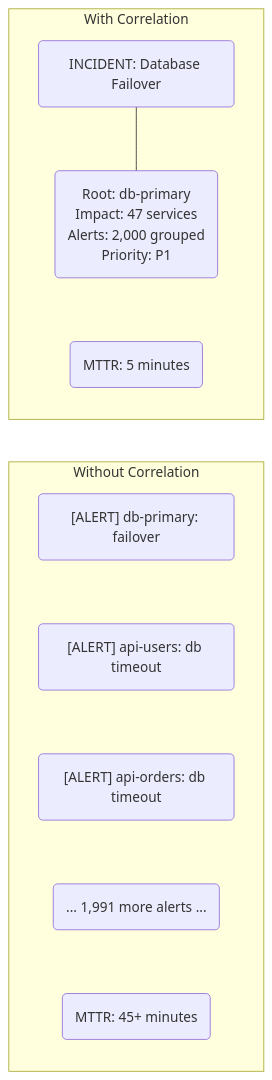
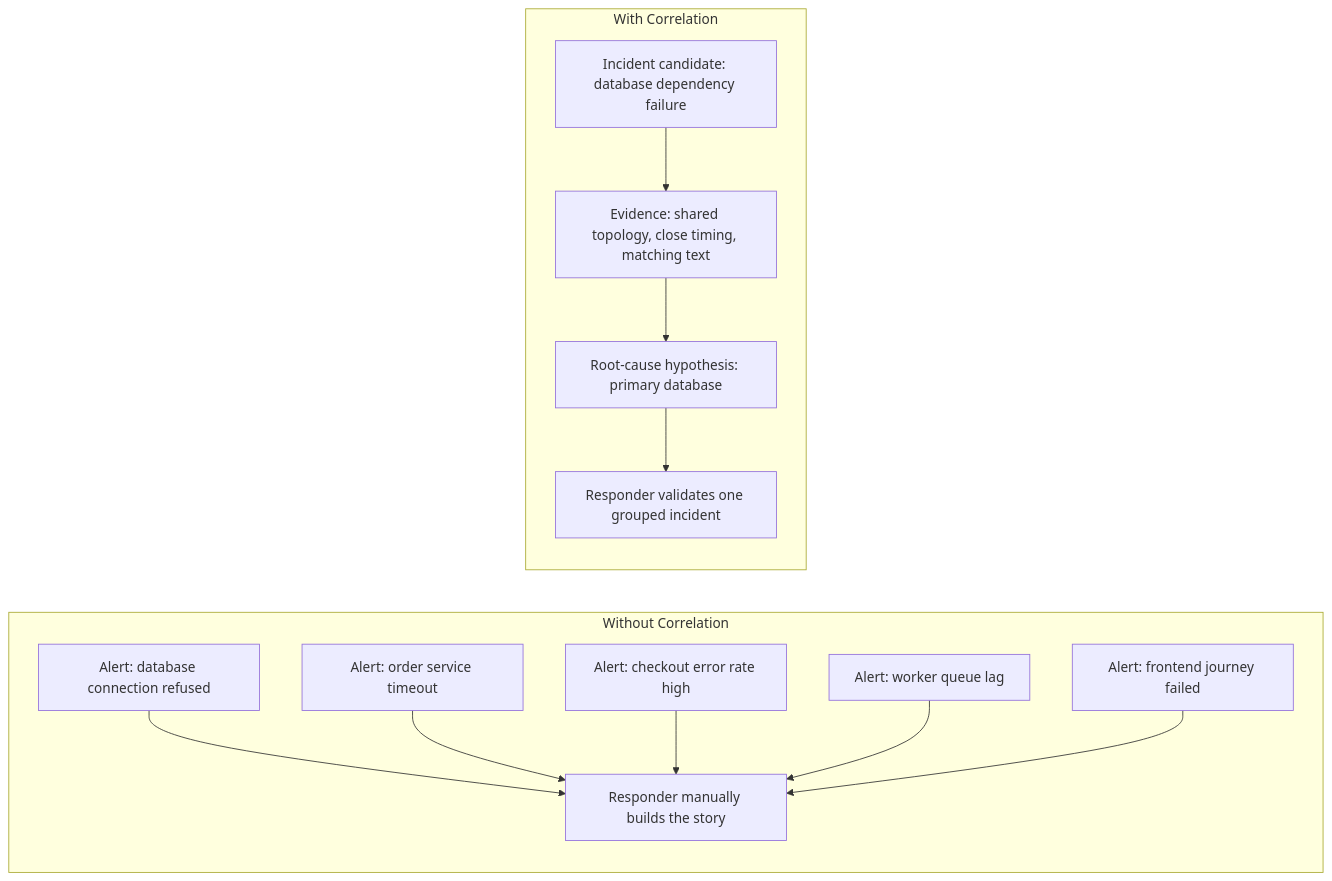
One commit to krisztiankoos/kubedojo changed the second of 8 diagrams in src/content/docs/platform/disciplines/data-ai/aiops/module-6.3-event-correlation.md. Above: the diagram before and after it, drawn with Mermaid. The commit also changed other lines of this file, not shown here.

First line of the commit message:
quality(rewrite): codex rewrite platform-disciplines-data-ai-aiops-module-6.3-event-correlation (attempt 76160d7e40f0)

````diff
--- a/src/content/docs/platform/disciplines/data-ai/aiops/module-6.3-event-correlation.md
+++ b/src/content/docs/platform/disciplines/data-ai/aiops/module-6.3-event-correlation.md
@@ -55,20 +57,26 @@
 ```mermaid
 flowchart LR
-    subgraph Without Correlation
+    subgraph WithoutCorrelation["Without Correlation"]
         direction TB
-        WC1("[ALERT] db-primary: failover")
-        WC2("[ALERT] api-users: db timeout")
-        WC3("[ALERT] api-orders: db timeout")
-        WC4("... 1,991 more alerts ...")
-        WC_MTTR("MTTR: 45+ minutes")
-        WC1 ~~~ WC2 ~~~ WC3 ~~~ WC4 ~~~ WC_MTTR
+        WC1["Alert: database connection refused"]
+        WC2["Alert: order service timeout"]
+        WC3["Alert: checkout error rate high"]
+        WC4["Alert: worker queue lag"]
+        WC5["Alert: frontend journey failed"]
+        WC6["Responder manually builds the story"]
+        WC1 --> WC6
+        WC2 --> WC6
+        WC3 --> WC6
+        WC4 --> WC6
+        WC5 --> WC6
     end
 
-    subgraph With Correlation
+    subgraph WithCorrelation["With Correlation"]
         direction TB
-        C1("INCIDENT: Database Failover")
-        C2("Root: db-primary<br>Impact: 47 services<br>Alerts: 2,000 grouped<br>Priority: P1")
-        C_MTTR("MTTR: 5 minutes")
-        C1 --- C2 ~~~ C_MTTR
+        C1["Incident candidate: database dependency failure"]
+        C2["Evidence: shared topology, close timing, matching text"]
+        C3["Root-cause hypothesis: primary database"]
+        C4["Responder validates one grouped incident"]
+        C1 --> C2 --> C3 --> C4
     end
 ```
````
